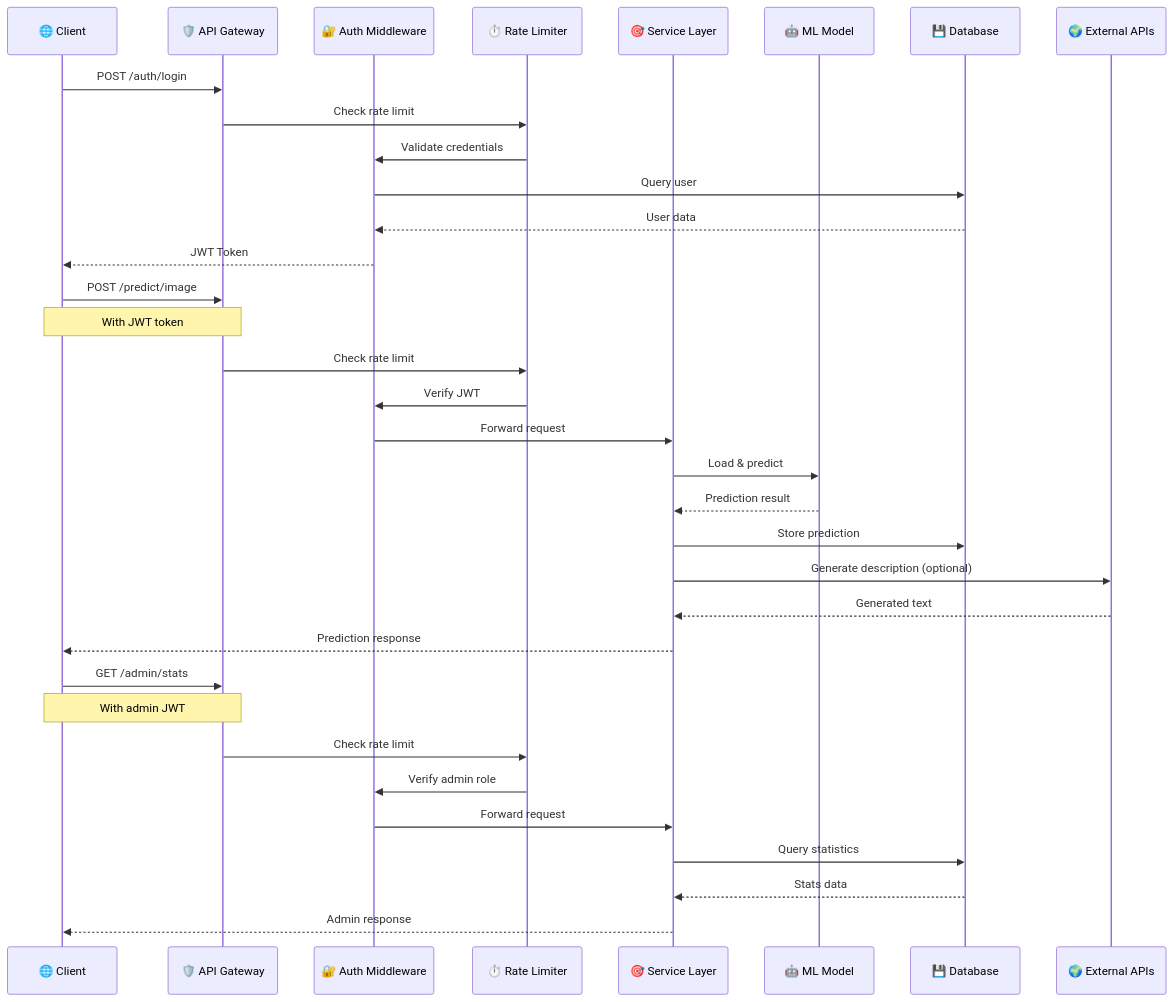
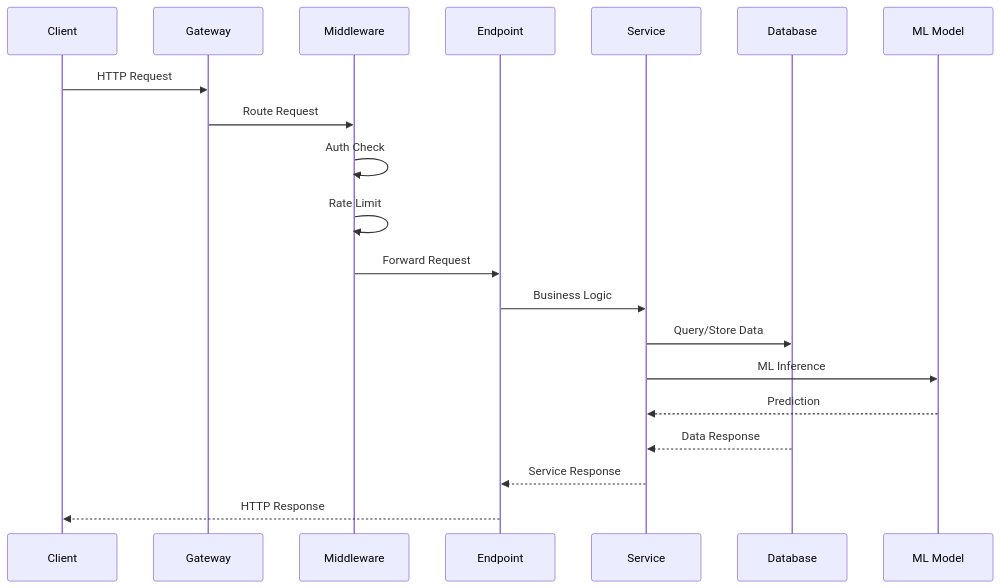
Before and after one commit to SamouchH/Projet_3: the second of 3 diagrams in api_architecture_diagram.md, drawn with Mermaid. The commit also changed other lines of this file and 1 other file, not shown here.

Commit message:
Fixing mermaid diagrams

````diff
--- a/api_architecture_diagram.md
+++ b/api_architecture_diagram.md
@@ -135,42 +99,23 @@
 ```mermaid
 sequenceDiagram
-    participant Client as 🌐 Client
-    participant Gateway as 🛡️ API Gateway
-    participant Auth as 🔐 Auth Middleware
-    participant RateLimit as ⏱️ Rate Limiter
-    participant Service as 🎯 Service Layer
-    participant ML as 🤖 ML Model
-    participant DB as 💾 Database
-    participant External as 🌍 External APIs
+    participant C as Client
+    participant G as Gateway
+    participant M as Middleware
+    participant E as Endpoint
+    participant S as Service
+    participant D as Database
+    participant ML as ML Model
 
-    %% Authentication Flow
-    Client->>Gateway: POST /auth/login
-    Gateway->>RateLimit: Check rate limit
-    RateLimit->>Auth: Validate credentials
-    Auth->>DB: Query user
-    DB-->>Auth: User data
-    Auth-->>Client: JWT Token
-
-    %% Prediction Flow
-    Client->>Gateway: POST /predict/image
-    Note over Client,Gateway: With JWT token
-    Gateway->>RateLimit: Check rate limit
-    RateLimit->>Auth: Verify JWT
-    Auth->>Service: Forward request
-    Service->>ML: Load & predict
-    ML-->>Service: Prediction result
-    Service->>DB: Store prediction
-    Service->>External: Generate description (optional)
-    External-->>Service: Generated text
-    Service-->>Client: Prediction response
-
-    %% Admin Flow
-    Client->>Gateway: GET /admin/stats
-    Note over Client,Gateway: With admin JWT
-    Gateway->>RateLimit: Check rate limit
-    RateLimit->>Auth: Verify admin role
-    Auth->>Service: Forward request
-    Service->>DB: Query statistics
-    DB-->>Service: Stats data
-    Service-->>Client: Admin response
+    C->>G: HTTP Request
+    G->>M: Route Request
+    M->>M: Auth Check
+    M->>M: Rate Limit
+    M->>E: Forward Request
+    E->>S: Business Logic
+    S->>D: Query/Store Data
+    S->>ML: ML Inference
+    ML-->>S: Prediction
+    D-->>S: Data Response
+    S-->>E: Service Response
+    E-->>C: HTTP Response
 ```
````
